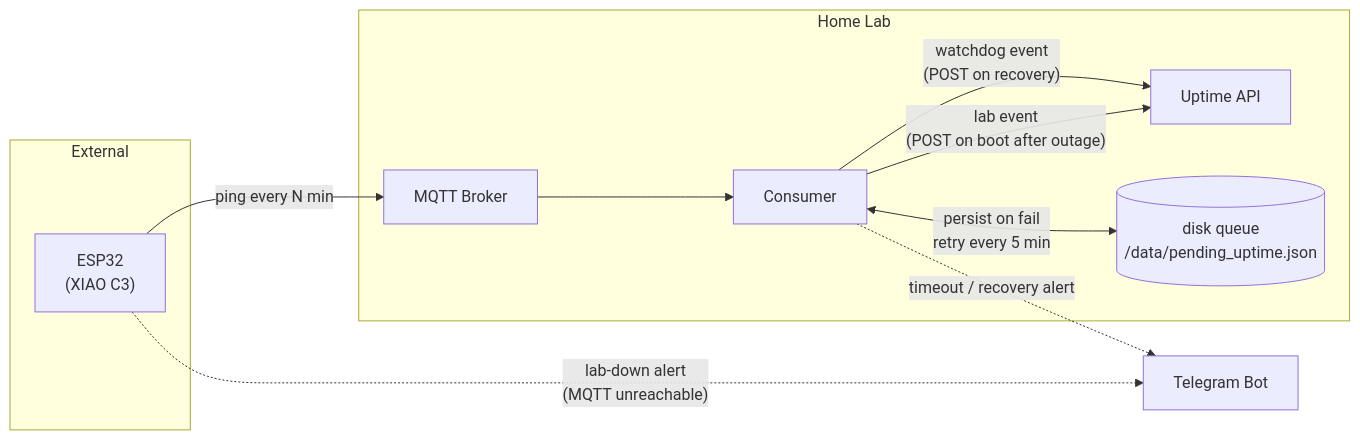
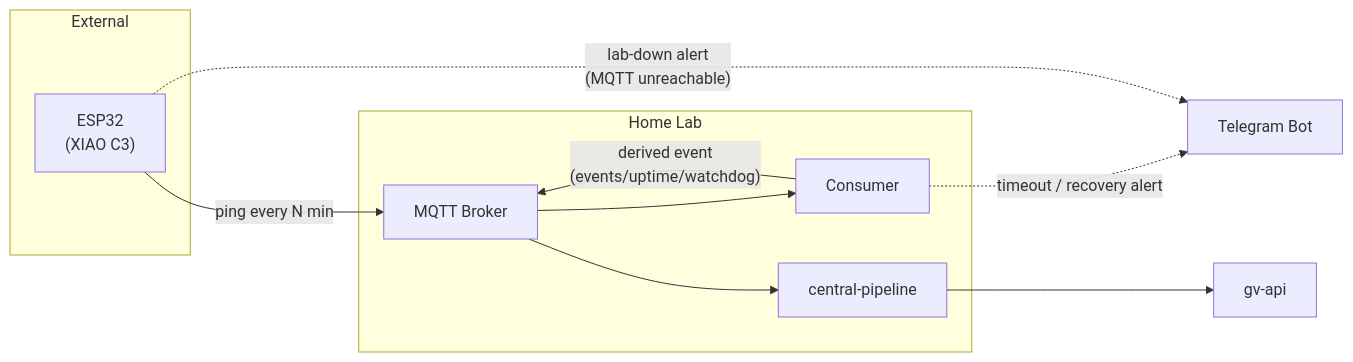
The diagram in docs/features/uptime_api.md (OscarCarPu/mutual-watchdog), drawn with Mermaid before and after one commit. The commit also changed other lines of this file, not shown here.

Commit message:
docs: update uptime_api architecture to use central-pipeline and gv-api

````diff
--- a/docs/features/uptime_api.md
+++ b/docs/features/uptime_api.md
@@ -9,23 +9,23 @@
 ```mermaid
 graph LR
     subgraph external["External"]
         ESP32["ESP32\n(XIAO C3)"]
     end
 
     subgraph homelab["Home Lab"]
         MQTT["MQTT Broker"]
         Consumer["Consumer"]
-        UptimeAPI["Uptime API"]
-        DiskQ[("disk queue\n/data/pending_uptime.json")]
+        CentralPipeline["central-pipeline"]
     end
 
     Telegram["Telegram Bot"]
+    GvAPI["gv-api"]
 
     ESP32 -- "ping every N min" --> MQTT
     MQTT --> Consumer
     Consumer -. "timeout / recovery alert" .-> Telegram
     ESP32 -. "lab-down alert\n(MQTT unreachable)" .-> Telegram
-    Consumer -- "watchdog event\n(POST on recovery)" --> UptimeAPI
-    Consumer -- "lab event\n(POST on boot after outage)" --> UptimeAPI
-    Consumer <-- "persist on fail\nretry every 5 min" --> DiskQ
+    Consumer -- "derived event\n(events/uptime/watchdog)" --> MQTT
+    MQTT --> CentralPipeline
+    CentralPipeline --> GvAPI
 ```
````
